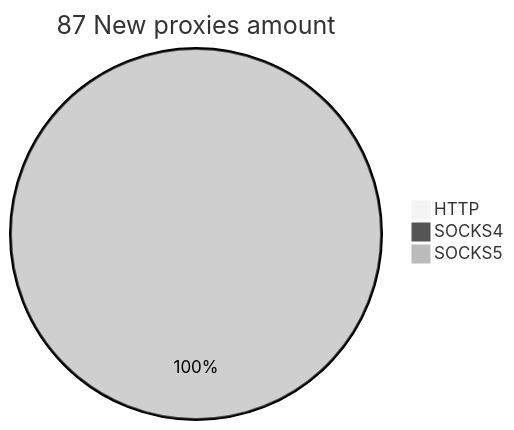
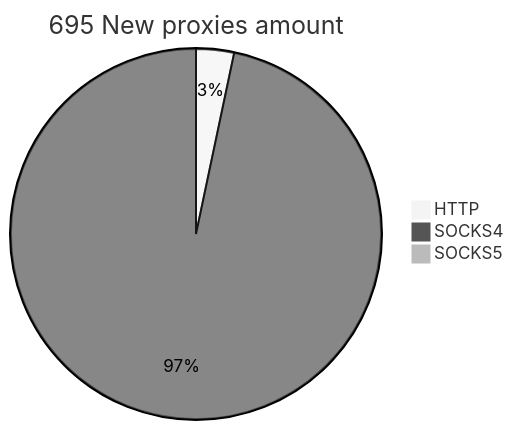
Before and after one commit to cutipu/proxylist: the second of 2 diagrams in README.md, drawn with Mermaid (neutral theme). The commit also changed other lines of this file, not shown here.

````diff
--- a/README.md
+++ b/README.md
@@ -10,6 +10,6 @@
 ```mermaid
-pie title 87 New proxies amount
-    "HTTP" : 0
-    "SOCKS4" : 0
-    "SOCKS5" : 87
+pie title 695 New proxies amount
+    "HTTP" : 23
+    "SOCKS4" : 672
+    "SOCKS5" : 0
 ```
````
